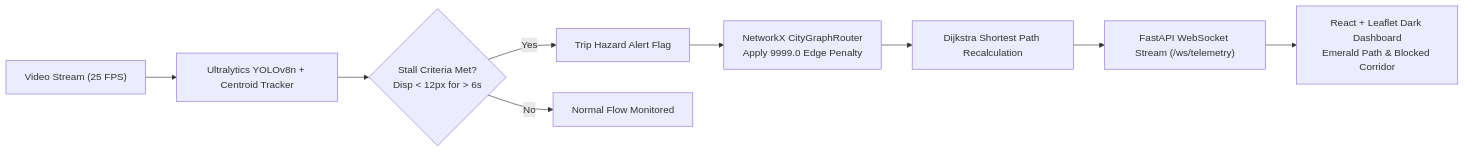
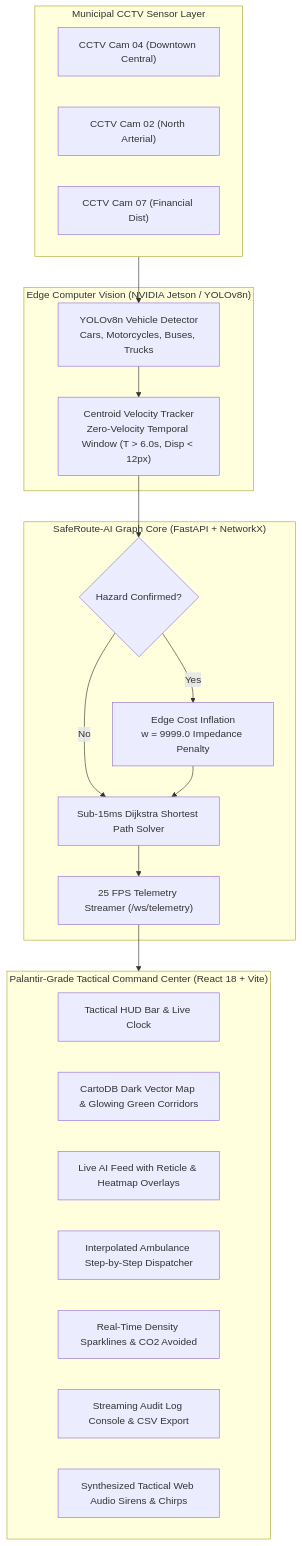
Before and after one commit to aryan0416/Zinno4.0-2026-072: the diagram in README.md, drawn with Mermaid. The commit also changed other lines of this file and 23 other files, not shown here.

Commit message:
feat(frontend): elevate to defense-grade operations center with Palantir theme, sound synth, ambulance tracking, analytics, and judge guide

````diff
--- a/README.md
+++ b/README.md
@@ -11,11 +10,39 @@
 ```mermaid
-flowchart LR
-    A["Video Stream (25 FPS)"] --> B["Ultralytics YOLOv8n + Centroid Tracker"]
-    B --> C{"Stall Criteria Met?\nDisp < 12px for > 6s"}
-    C -- Yes --> D["Trip Hazard Alert Flag"]
-    C -- No --> E["Normal Flow Monitored"]
-    D --> F["NetworkX CityGraphRouter\nApply 9999.0 Edge Penalty"]
-    F --> G["Dijkstra Shortest Path Recalculation"]
-    G --> H["FastAPI WebSocket Stream (/ws/telemetry)"]
-    H --> I["React + Leaflet Dark Dashboard\nEmerald Path & Blocked Corridor"]
+flowchart TD
+    subgraph SENSORS["Municipal CCTV Sensor Layer"]
+        C1["CCTV Cam 04 (Downtown Central)"]
+        C2["CCTV Cam 02 (North Arterial)"]
+        C3["CCTV Cam 07 (Financial Dist)"]
+    end
+
+    subgraph EDGE_AI["Edge Computer Vision (NVIDIA Jetson / YOLOv8n)"]
+        DET["YOLOv8n Vehicle Detector\nCars, Motorcycles, Buses, Trucks"]
+        TRACK["Centroid Velocity Tracker\nZero-Velocity Temporal Window (T > 6.0s, Disp < 12px)"]
+    end
+
+    subgraph ENGINE["SafeRoute-AI Graph Core (FastAPI + NetworkX)"]
+        HAZARD{"Hazard Confirmed?"}
+        PENALTY["Edge Cost Inflation\nw = 9999.0 Impedance Penalty"]
+        DIJKSTRA["Sub-15ms Dijkstra Shortest Path Solver"]
+        WS["25 FPS Telemetry Streamer (/ws/telemetry)"]
+    end
+
+    subgraph OPS_CENTER["Palantir-Grade Tactical Command Center (React 18 + Vite)"]
+        HUD["Tactical HUD Bar & Live Clock"]
+        MAP["CartoDB Dark Vector Map & Glowing Green Corridors"]
+        VIDEO["Live AI Feed with Reticle & Heatmap Overlays"]
+        AMB["Interpolated Ambulance Step-by-Step Dispatcher"]
+        METRICS["Real-Time Density Sparklines & CO2 Avoided"]
+        AUDIT["Streaming Audit Log Console & CSV Export"]
+        AUDIO["Synthesized Tactical Web Audio Sirens & Chirps"]
+    end
+
+    SENSORS --> DET
+    DET --> TRACK
+    TRACK --> HAZARD
+    HAZARD -- Yes --> PENALTY
+    HAZARD -- No --> DIJKSTRA
+    PENALTY --> DIJKSTRA
+    DIJKSTRA --> WS
+    WS --> OPS_CENTER
 ```
````
